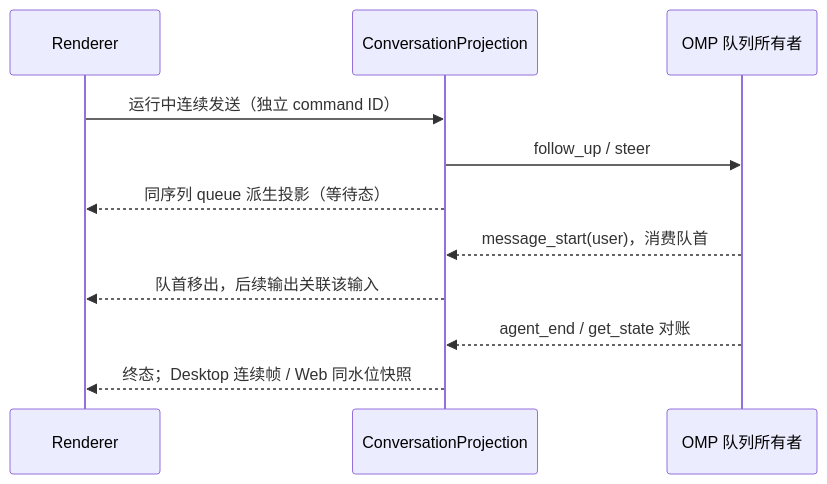
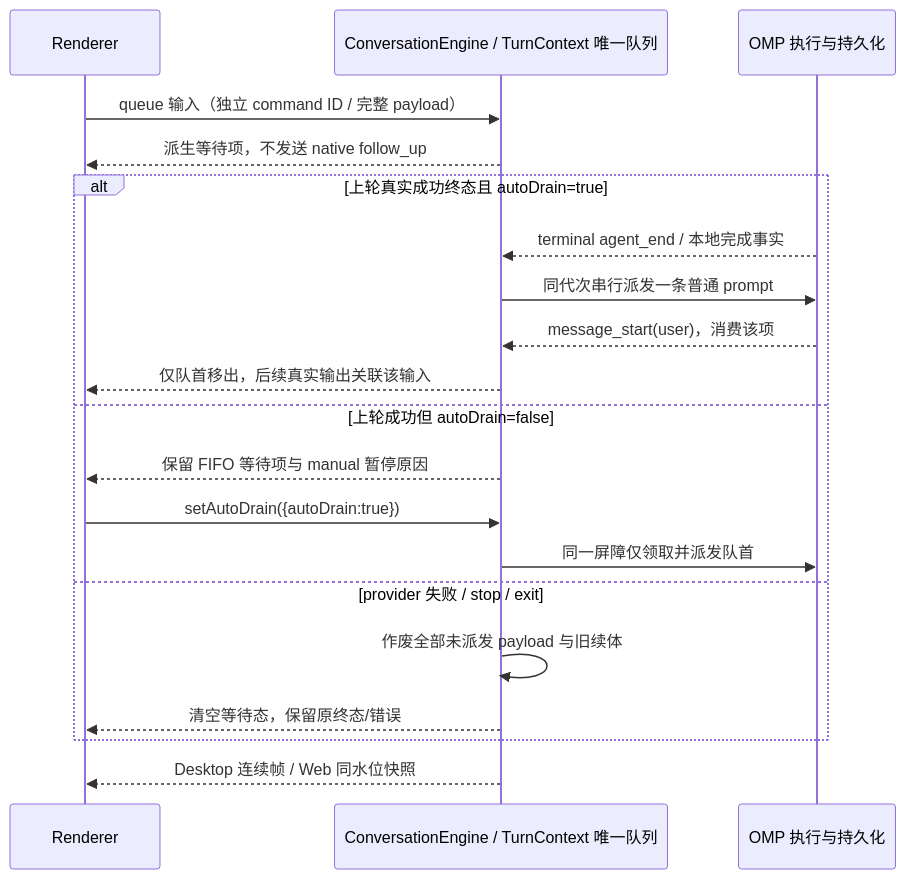
Before and after one commit to jchanghong023/OmpCode: the first of 4 diagrams in docs/requirements/session-recovery.md, drawn with Mermaid. The commit also changed other lines of this file and 246 other files, not shown here.

Commit message:
fix(omp): stabilize desktop integration and real-core GUI gates

````diff
--- a/docs/requirements/session-recovery.md
+++ b/docs/requirements/session-recovery.md
@@ -58,13 +76,22 @@
 ```mermaid
 sequenceDiagram
   participant UI as Renderer
-  participant Adapter as ConversationProjection
-  participant Core as OMP 队列所有者
-  UI->>Adapter: 运行中连续发送（独立 command ID）
-  Adapter->>Core: follow_up / steer
-  Adapter-->>UI: 同序列 queue 派生投影（等待态）
-  Core-->>Adapter: message_start(user)，消费队首
-  Adapter-->>UI: 队首移出，后续输出关联该输入
-  Core-->>Adapter: agent_end / get_state 对账
-  Adapter-->>UI: 终态；Desktop 连续帧 / Web 同水位快照
+  participant Adapter as ConversationEngine / TurnContext 唯一队列
+  participant Core as OMP 执行与持久化
+  UI->>Adapter: queue 输入（独立 command ID / 完整 payload）
+  Adapter-->>UI: 派生等待项，不发送 native follow_up
+  alt 上轮真实成功终态且 autoDrain=true
+    Core-->>Adapter: terminal agent_end / 本地完成事实
+    Adapter->>Core: 同代次串行派发一条普通 prompt
+    Core-->>Adapter: message_start(user)，消费该项
+    Adapter-->>UI: 仅队首移出，后续真实输出关联该输入
+  else 上轮成功但 autoDrain=false
+    Adapter-->>UI: 保留 FIFO 等待项与 manual 暂停原因
+    UI->>Adapter: setAutoDrain({autoDrain:true})
+    Adapter->>Core: 同一屏障仅领取并派发队首
+  else provider 失败 / stop / exit
+    Adapter->>Adapter: 作废全部未派发 payload 与旧续体
+    Adapter-->>UI: 清空等待态，保留原终态/错误
+  end
+  Adapter-->>UI: Desktop 连续帧 / Web 同水位快照
 ```
````
